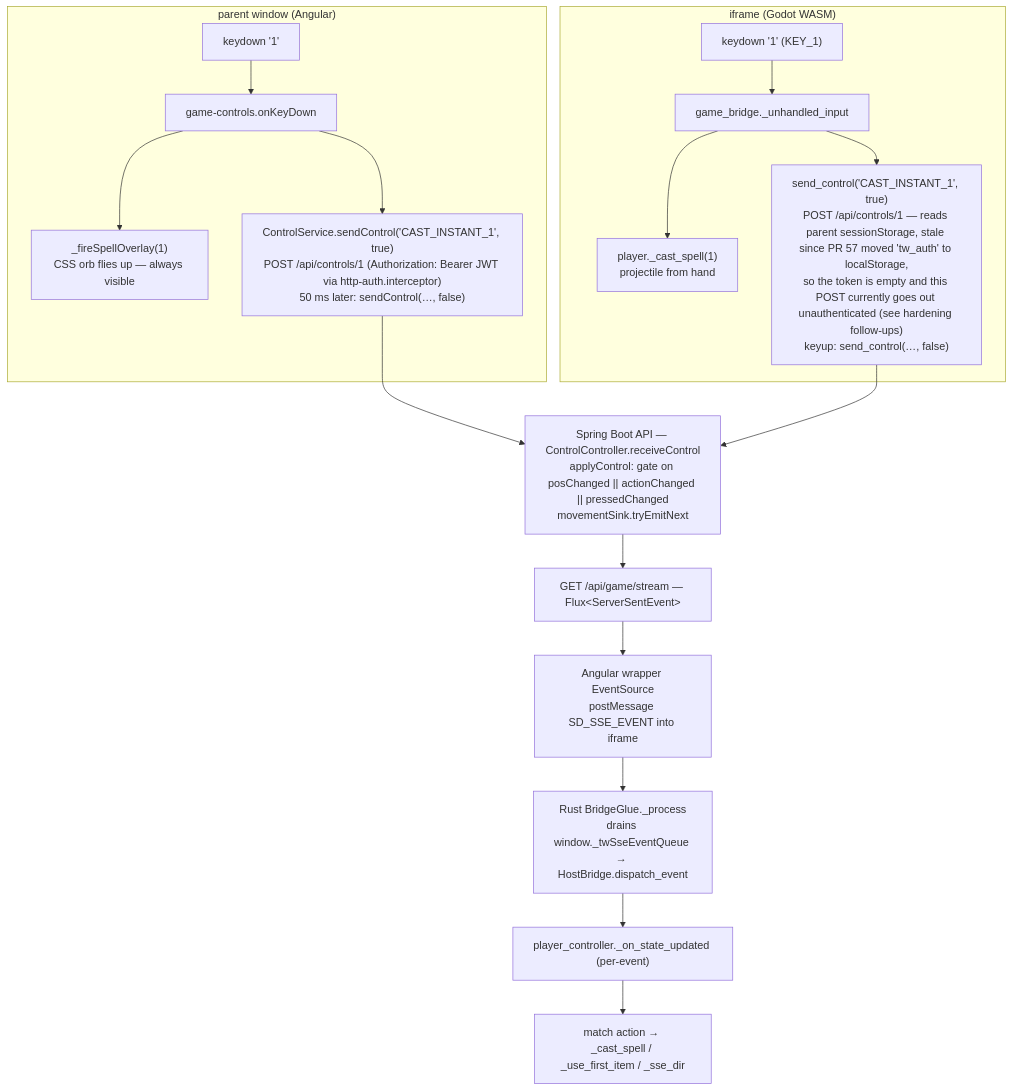
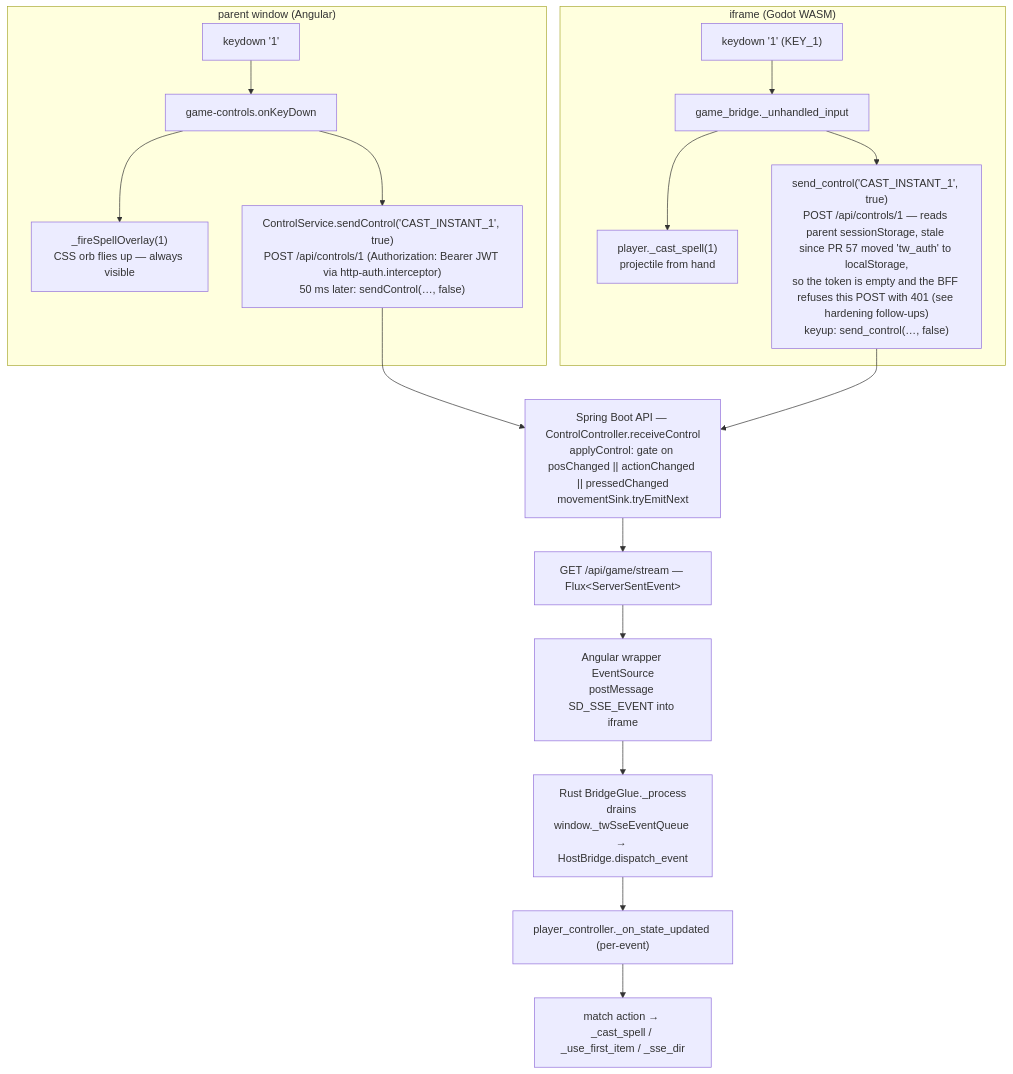
Before and after one commit to hugmesh/hugmesh-games: the fifth of 48 diagrams in README.md, drawn with Mermaid. The commit also changed other lines of this file and 1 other file, not shown here.

Commit message:
docs: fix the bridge controls example and the stale 'unauthenticated control POST' claim
A successful control POST returns 204, and timestamp is epoch milliseconds. Since
/api/controls/** is in SecurityConfig.PLAYER_PATHS, the Godot bridge's tokenless
POST is refused with 401, not accepted unauthenticated.

````diff
--- a/README.md
+++ b/README.md
@@ -432,30 +432,30 @@
 ```mermaid
 flowchart TB
     subgraph parent["parent window (Angular)"]
         PK["keydown '1'"]
         POnKey["game-controls.onKeyDown"]
         POverlay["_fireSpellOverlay(1)<br/>CSS orb flies up — always visible"]
         PSend["ControlService.sendControl('CAST_INSTANT_1', true)<br/>POST /api/controls/1 (Authorization: Bearer JWT via http-auth.interceptor)<br/>50 ms later: sendControl(…, false)"]
         PK --> POnKey
         POnKey --> POverlay
         POnKey --> PSend
     end
     subgraph frame["iframe (Godot WASM)"]
         FK["keydown '1' (KEY_1)"]
         FInput["game_bridge._unhandled_input"]
         FCast["player._cast_spell(1)<br/>projectile from hand"]
-        FSend["send_control('CAST_INSTANT_1', true)<br/>POST /api/controls/1 — reads parent sessionStorage, stale since PR 57 moved 'tw_auth' to localStorage,<br/>so the token is empty and this POST currently goes out unauthenticated (see hardening follow-ups)<br/>keyup: send_control(…, false)"]
+        FSend["send_control('CAST_INSTANT_1', true)<br/>POST /api/controls/1 — reads parent sessionStorage, stale since PR 57 moved 'tw_auth' to localStorage,<br/>so the token is empty and the BFF refuses this POST with 401 (see hardening follow-ups)<br/>keyup: send_control(…, false)"]
         FK --> FInput
         FInput --> FCast
         FInput --> FSend
     end
     API["Spring Boot API — ControlController.receiveControl<br/>applyControl: gate on posChanged || actionChanged || pressedChanged<br/>movementSink.tryEmitNext"]
     Stream["GET /api/game/stream — Flux&lt;ServerSentEvent&gt;"]
     SSE["Angular wrapper EventSource<br/>postMessage SD_SSE_EVENT into iframe"]
     Drain["Rust BridgeGlue._process<br/>drains window._twSseEventQueue → HostBridge.dispatch_event"]
     OnState["player_controller._on_state_updated (per-event)"]
     Match["match action → _cast_spell / _use_first_item / _sse_dir"]
     PSend --> API
     FSend --> API
     API --> Stream --> SSE --> Drain --> OnState --> Match
 ```
````
